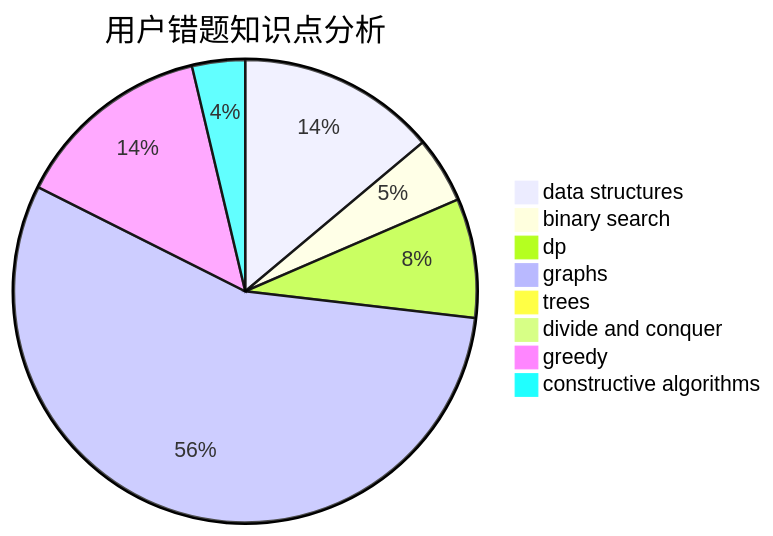
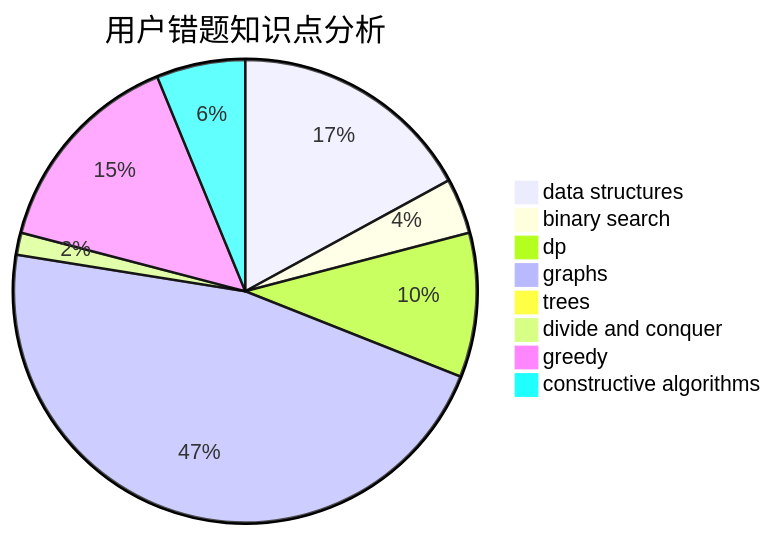
Before and after one commit to sherpahu/cfrs.github.io: the third of 3 diagrams in docs/user/u2312.md, drawn with Mermaid. The commit also changed other lines of this file and 2770 other files, not shown here.

````diff
--- a/docs/user/u2312.md
+++ b/docs/user/u2312.md
@@ -36,11 +36,11 @@
 ```mermaid
 pie title 用户错题知识点分析
-    "data structures" :  15
+    "data structures" :  22
     "binary search" :  5
-    "dp" :  9
+    "dp" :  13
     "graphs" :  60
     "trees" :  0
-    "divide and conquer" :  0
-    "greedy" :  15
-    "constructive algorithms" :  4
+    "divide and conquer" :  2
+    "greedy" :  19
+    "constructive algorithms" :  8
 ```
````
